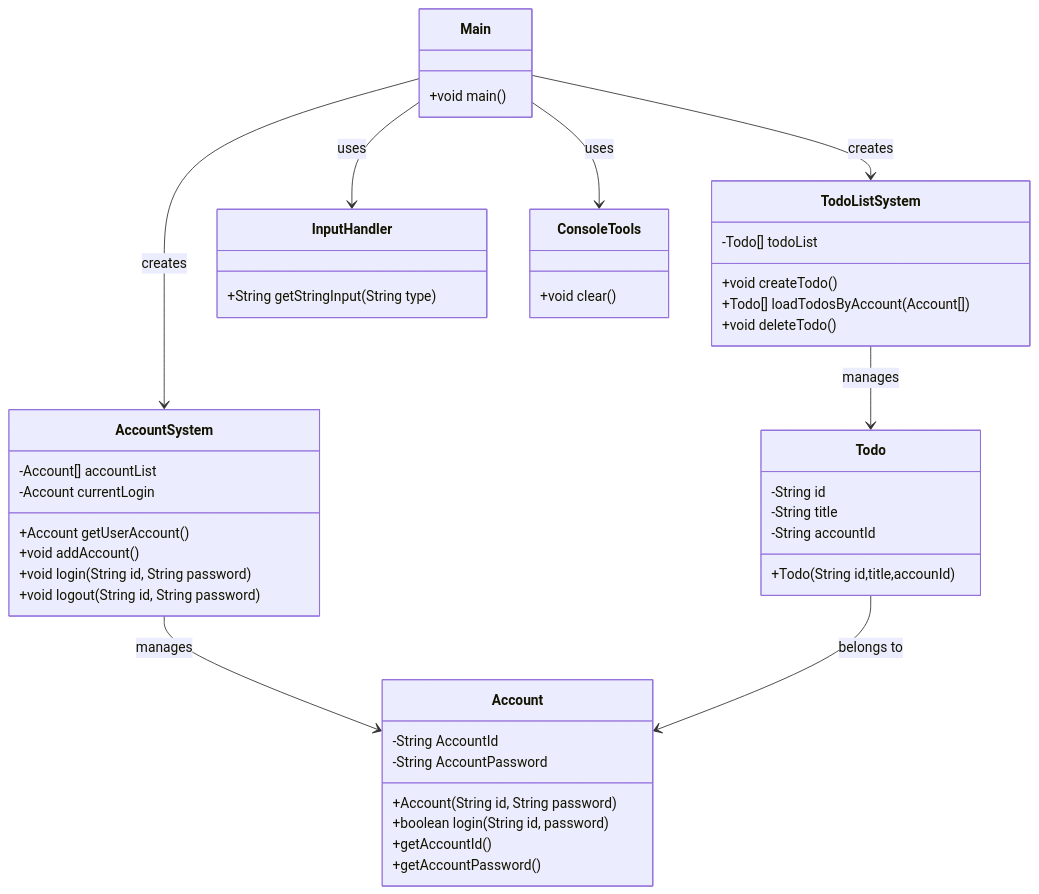
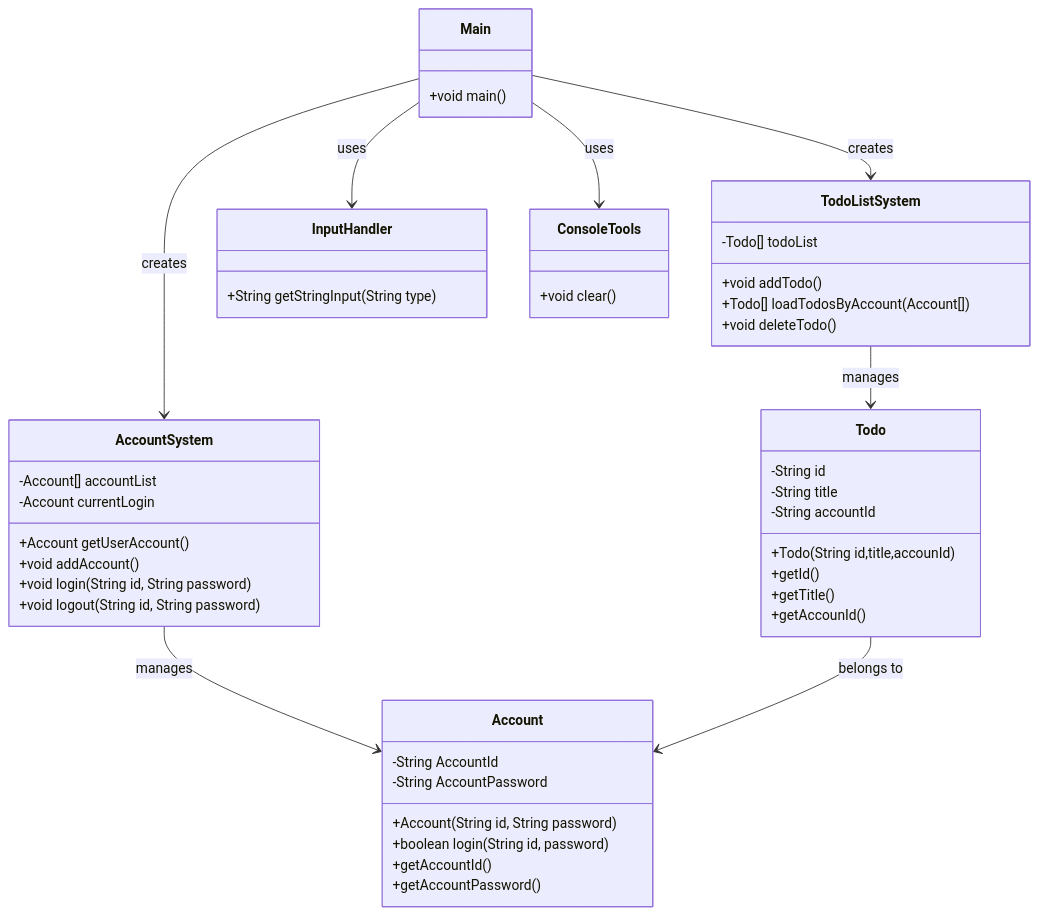
The diagram in src/TodoListWithAccountSystem/todo-list-class-diagram.mermaid (gwongibeom/java_scratch), drawn with Mermaid before and after one commit. The commit also changed 1 other file, not shown here.

Commit message:
(프로젝트) Todo 게터 메소드 추가 및 문서 반영

```diff
--- a/src/TodoListWithAccountSystem/todo-list-class-diagram.mermaid
+++ b/src/TodoListWithAccountSystem/todo-list-class-diagram.mermaid
@@ -1,53 +1,56 @@
 classDiagram
     class Todo {
         -String id
         -String title
         -String accountId
         +Todo(String id,title,accounId)
+        +getId()
+        +getTitle()
+        +getAccounId()
     }
 
     class TodoListSystem {
         -Todo[] todoList
-        +void createTodo()
+        +void addTodo()
         +Todo[] loadTodosByAccount(Account[])
         +void deleteTodo()
     }
 
     class Account {
         -String AccountId
         -String AccountPassword
         +Account(String id, String password)
         +boolean login(String id, password)
         +getAccountId()
         +getAccountPassword()
 
     }
 
     class AccountSystem {
         -Account[] accountList
         -Account currentLogin
         +Account getUserAccount()
         +void addAccount()
         +void login(String id, String password)
         +void logout(String id, String password)
     }
 
     class InputHandler {
         +String getStringInput(String type)
     }
 
     class ConsoleTools {
         +void clear()
     }
 
     class Main {
         +void main()
     }
 
     Main --> AccountSystem : creates
     Main --> TodoListSystem : creates
     Main --> InputHandler : uses
     Main --> ConsoleTools : uses
     TodoListSystem --> Todo : manages
     AccountSystem --> Account : manages
     Todo --> Account : belongs to
```
